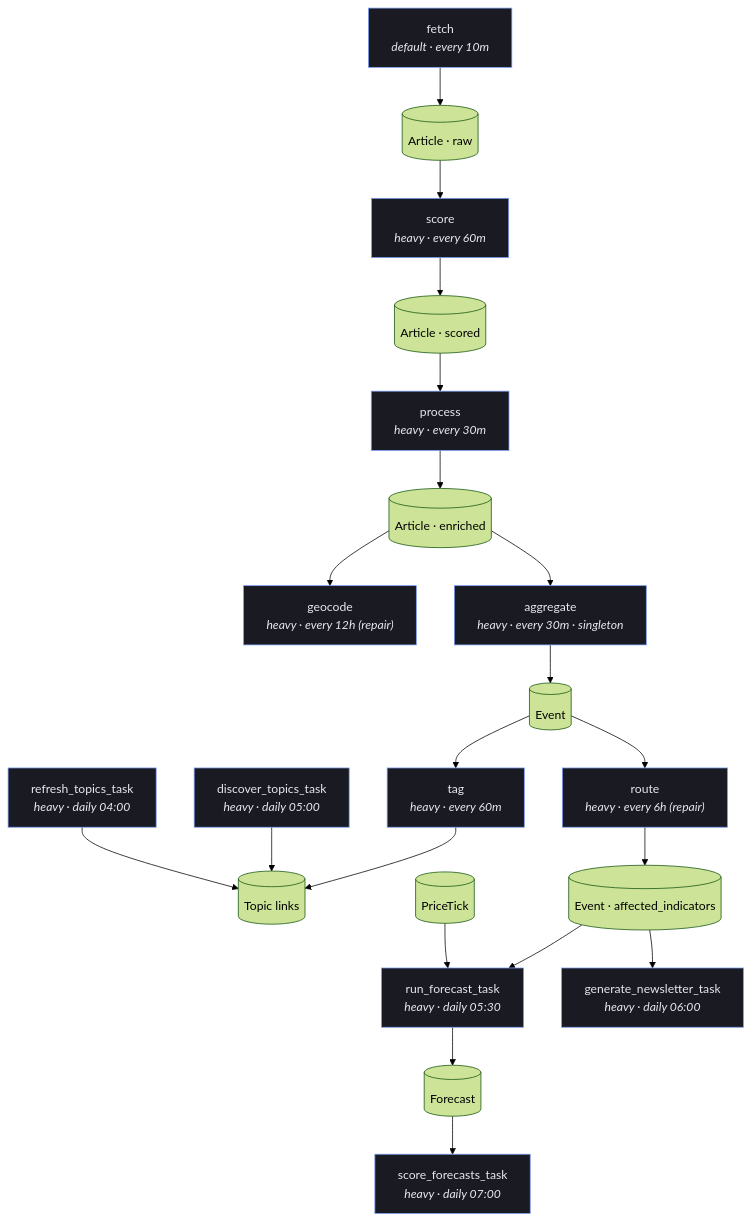
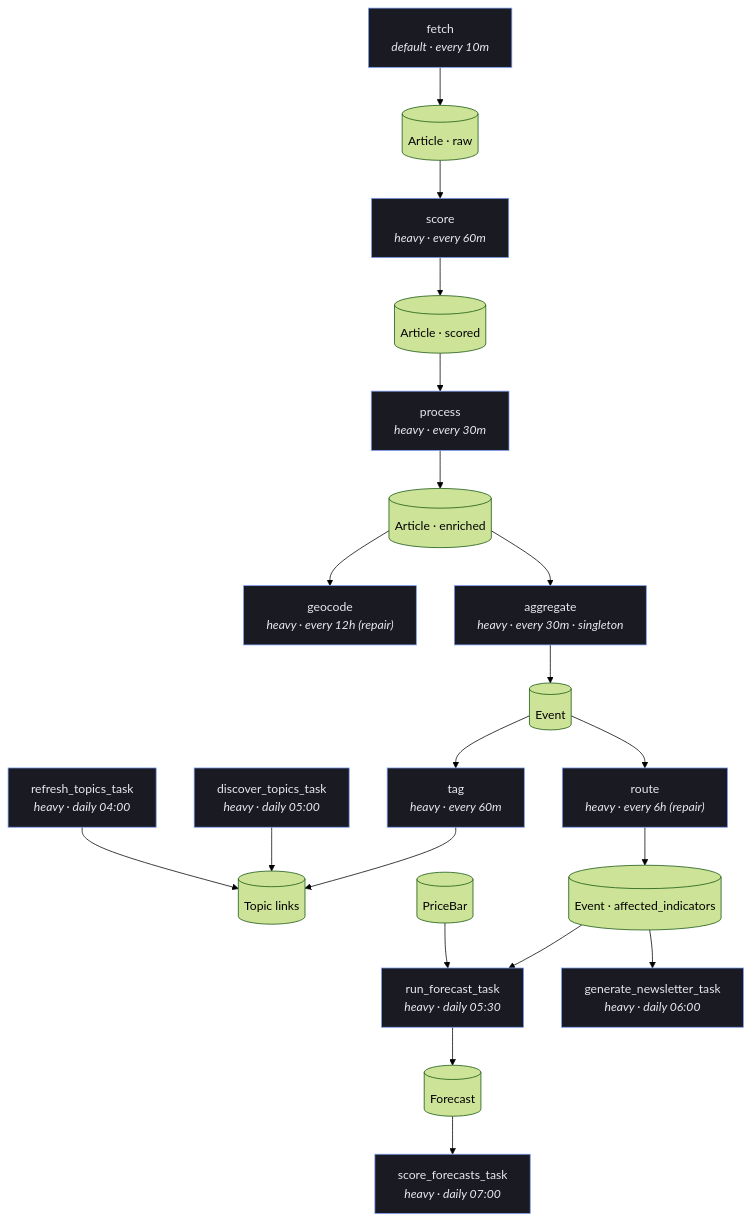
The first of 2 diagrams in docs/pipeline.md (jameelhamdan/event-horizon), drawn with Mermaid (forest theme) before and after one commit. The commit also changed other lines of this file and 17 other files, not shown here.

````diff
--- a/docs/pipeline.md
+++ b/docs/pipeline.md
@@ -31,25 +31,25 @@
 ```mermaid
 flowchart TD
     F["fetch<br/><i>default · every 10m</i>"] --> A0[(Article · raw)]
     A0 --> SC["score<br/><i>heavy · every 60m</i>"]
     SC --> A1[(Article · scored)]
     A1 --> P["process<br/><i>heavy · every 30m</i>"]
     P --> A2[(Article · enriched)]
     A2 --> GC["geocode<br/><i>heavy · every 12h (repair)</i>"]
     A2 --> AG["aggregate<br/><i>heavy · every 30m · singleton</i>"]
     AG --> E[(Event)]
     E --> T["tag<br/><i>heavy · every 60m</i>"]
     E --> RE["route<br/><i>heavy · every 6h (repair)</i>"]
     T --> TL[(Topic links)]
     RE --> EI[(Event · affected_indicators)]
     DT["discover_topics_task<br/><i>heavy · daily 05:00</i>"] --> TL
     RT["refresh_topics_task<br/><i>heavy · daily 04:00</i>"] --> TL
     EI --> RF["run_forecast_task<br/><i>heavy · daily 05:30</i>"]
-    PT[(PriceTick)] --> RF
+    PB[(PriceBar)] --> RF
     RF --> FC[(Forecast)]
     FC --> SF["score_forecasts_task<br/><i>heavy · daily 07:00</i>"]
     EI --> GN["generate_newsletter_task<br/><i>heavy · daily 06:00</i>"]
 
     classDef q fill:#1a1a22,stroke:#7c9ef8,color:#e8e8f0;
     class F,SC,P,GC,AG,T,RE,DT,RT,RF,SF,GN q;
 ```
````
